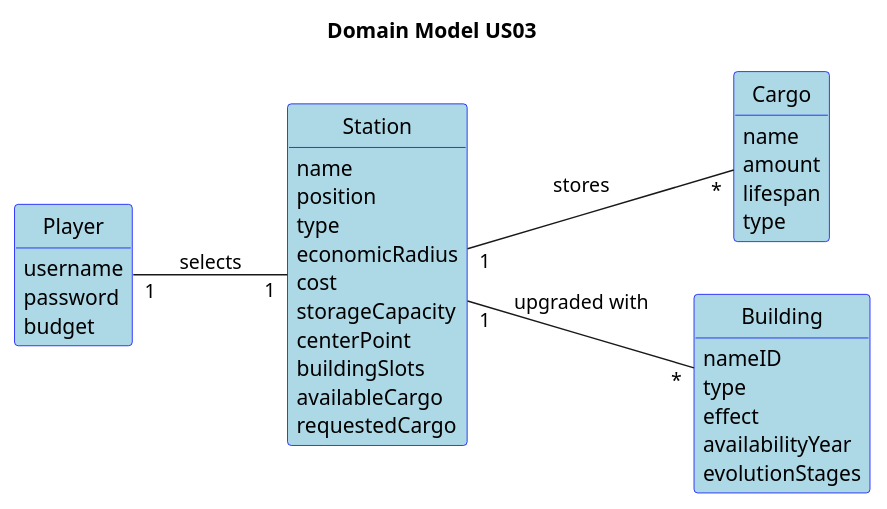
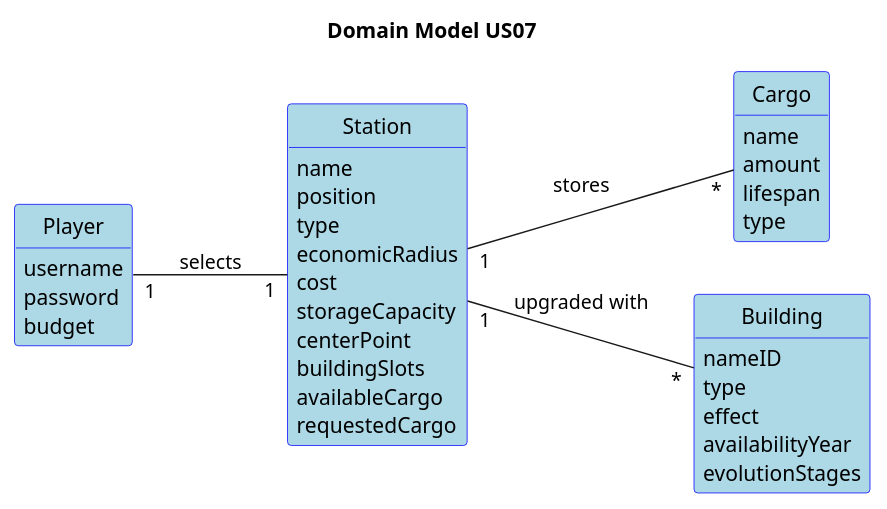
One commit to HenriqueSilva18/Railway-Network-Simulator changed the diagram in docs/system-documentation/Sprint 1/US07/02.analysis/puml/US007-DM.puml. Above: the diagram before and after it, drawn with PlantUML.

Commit message:
US07 - Fixing SSD Diagram Name #7

```diff
--- a/docs/system-documentation/Sprint 1/US07/02.analysis/puml/US007-DM.puml
+++ b/docs/system-documentation/Sprint 1/US07/02.analysis/puml/US007-DM.puml
@@ -1,58 +1,58 @@
 @startuml
 
 skinparam packageStyle rectangle
  skinparam shadowing false
  skinparam classAttributeIconSize 0
  skinparam class {
    BackgroundColor LightBlue
    BorderColor Blue
  }
 
  left to right direction
 
  skinparam classAttributeIconSize 0
 
  hide circle
  hide methods
 
-title Domain Model US03
+title Domain Model US07
 
 class Player {
     username
     password
     budget
   }
 
 class Station {
     name
     position
     type
     economicRadius
     cost
     storageCapacity
     centerPoint
     buildingSlots
     availableCargo
     requestedCargo
   }
 
 class Cargo {
    name
    amount
    lifespan
    type
   }
 
 class Building {
     nameID
     type
     effect
     availabilityYear
     evolutionStages
   }
 
 
 Player "1" -- "1" Station : selects
 Station "1" -- "*" Cargo : stores
 Station "1" -- "*" Building : upgraded with
 @enduml
```
